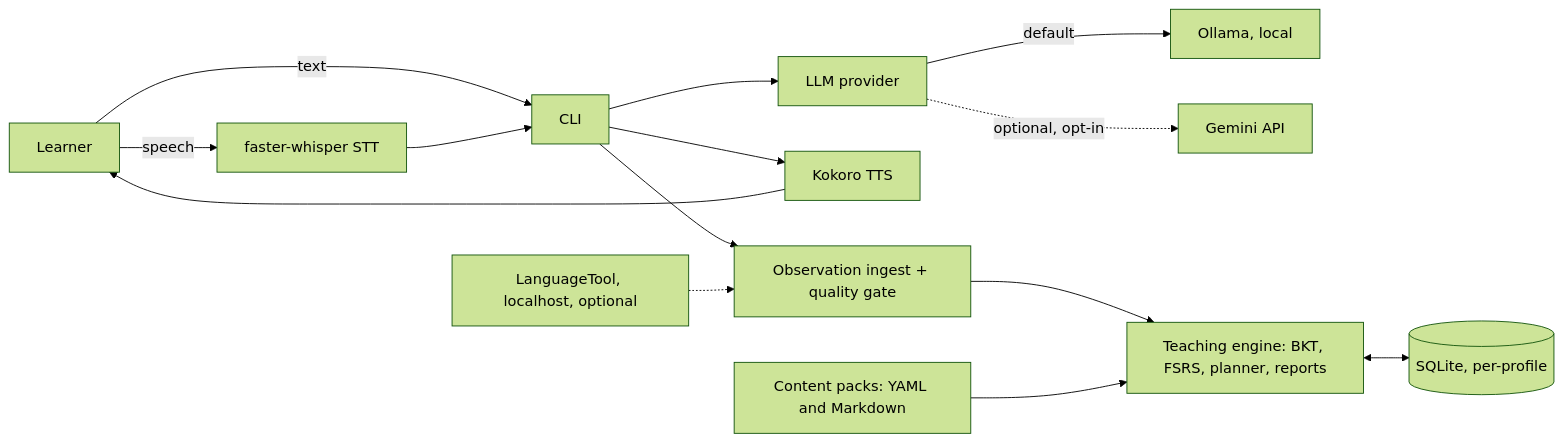
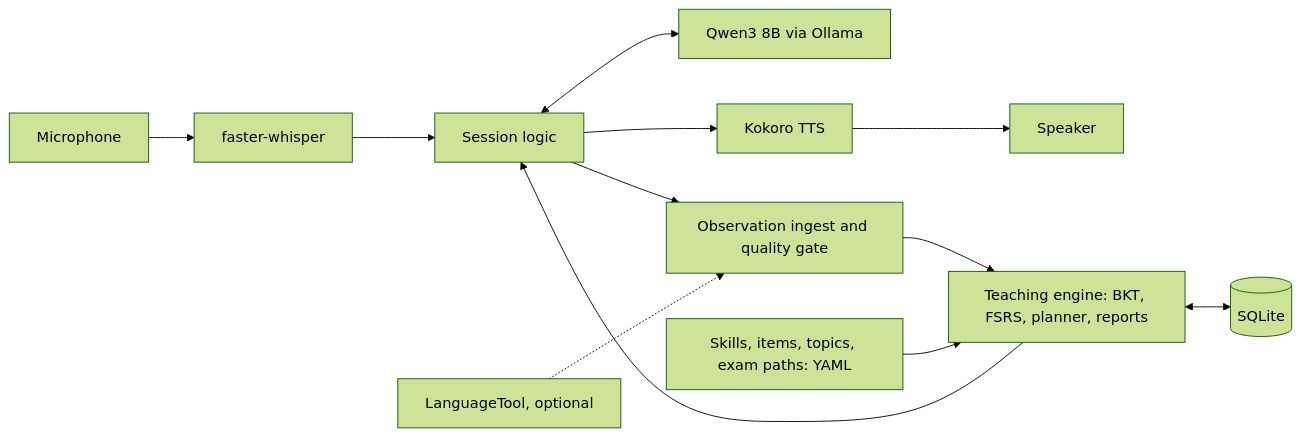
One commit to krauzerl/english-ai-tutor changed the diagram in README.md. Above: the diagram before and after it, drawn with Mermaid (forest theme). The commit also changed other lines of this file and 1 other file, not shown here.

````diff
--- a/README.md
+++ b/README.md
@@ -45,15 +74,13 @@
 ```mermaid
 flowchart LR
-    U[Learner] -->|text| CLI[CLI]
-    U -->|speech| STT[faster-whisper STT]
-    STT --> CLI
-    CLI --> LLM[LLM provider]
-    LLM -->|default| OL[Ollama, local]
-    LLM -.->|optional, opt-in| GM[Gemini API]
-    CLI --> TTS[Kokoro TTS] --> U
-    CLI --> ING[Observation ingest + quality gate]
-    LT[LanguageTool, localhost, optional] -.-> ING
-    ING --> PED[Teaching engine: BKT, FSRS, planner, reports]
-    PED <--> DB[(SQLite, per-profile)]
-    CONT[Content packs: YAML and Markdown] --> PED
+    MIC[Microphone] --> STT[faster-whisper]
+    STT --> APP[Session logic]
+    APP <--> LLM[Qwen3 8B via Ollama]
+    APP --> TTS[Kokoro TTS] --> SPK[Speaker]
+    APP --> ING[Observation ingest and quality gate]
+    LT[LanguageTool, optional] -.-> ING
+    ING --> ENG[Teaching engine: BKT, FSRS, planner, reports]
+    ENG <--> DB[(SQLite)]
+    CONTENT[Skills, items, topics, exam paths: YAML] --> ENG
+    ENG --> APP
 ```
````
